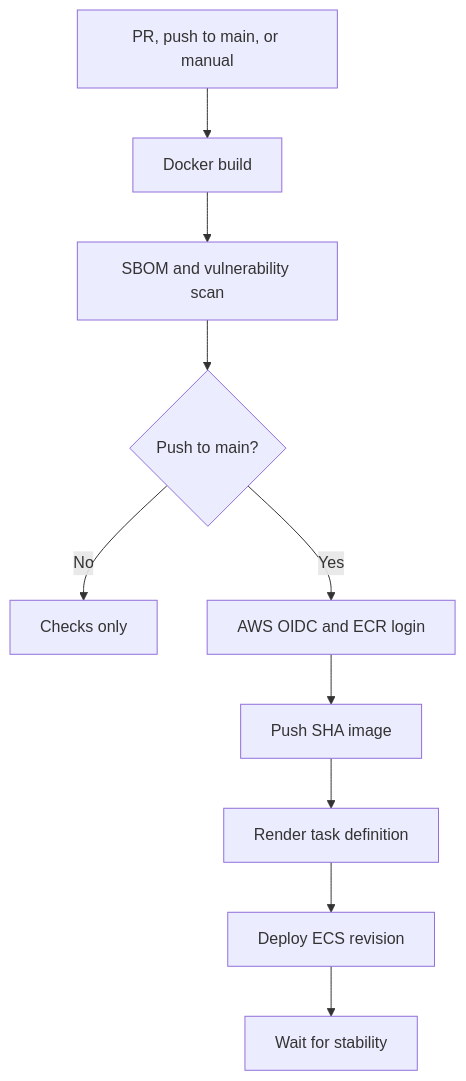
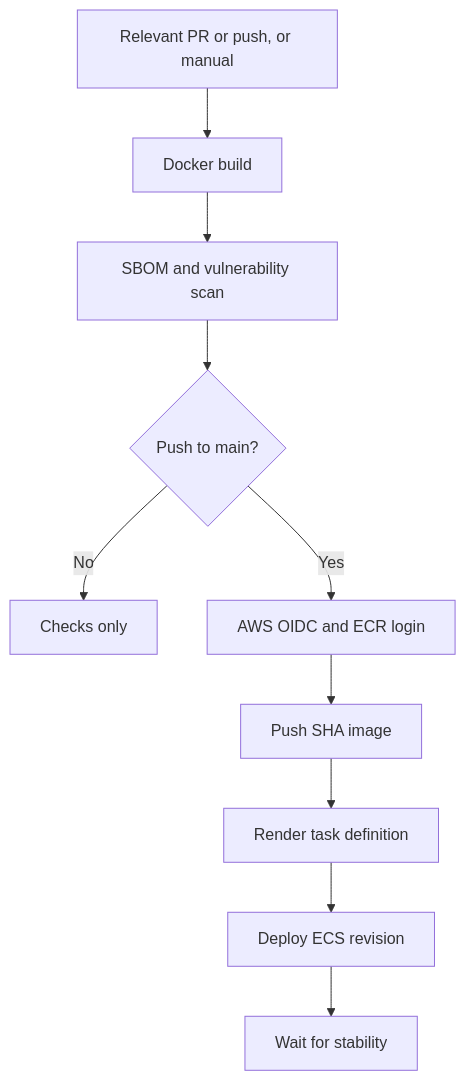
One commit to Alexandrav21/ec2-to-ecs-migration changed the third of 6 diagrams in README.md. Above: the diagram before and after it, drawn with Mermaid. The commit also changed other lines of this file and 2 other files, not shown here.

````diff
--- a/README.md
+++ b/README.md
@@ -208,12 +210,12 @@
 ```mermaid
 flowchart TB
-    Trigger[PR, push to main, or manual] --> Build[Docker build]
+    Trigger[Relevant PR or push, or manual] --> Build[Docker build]
     Build --> Scan[SBOM and vulnerability scan]
     Scan --> Gate{Push to main?}
     Gate -->|No| Stop[Checks only]
     Gate -->|Yes| Auth[AWS OIDC and ECR login]
     Auth --> Push[Push SHA image]
     Push --> Render[Render task definition]
     Render --> Deploy[Deploy ECS revision]
     Deploy --> Wait[Wait for stability]
 ```
````
